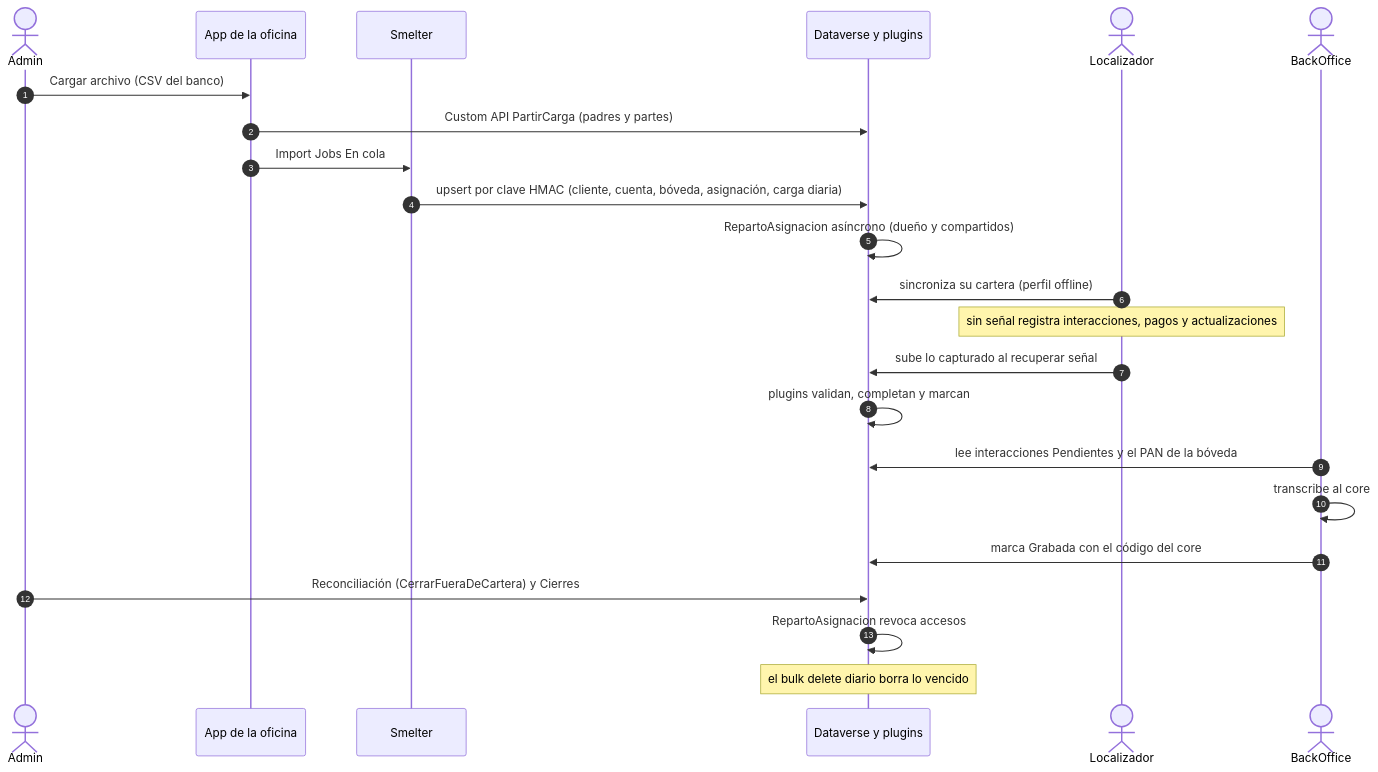
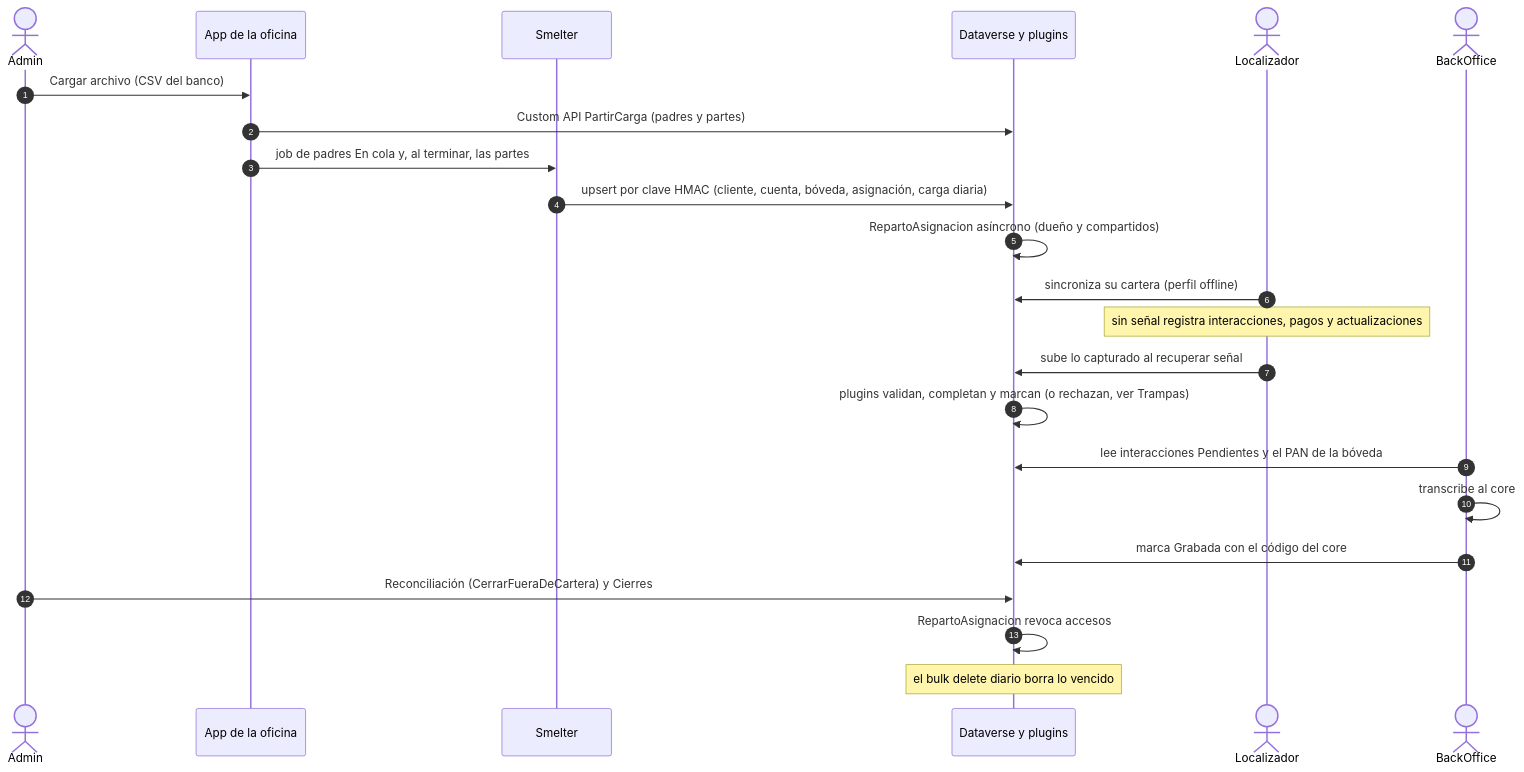
The second of 2 diagrams in docs/tecnica/01-arquitectura.md (breaking-bytes-dev/cobranza-movil), drawn with Mermaid before and after one commit. The commit also changed other lines of this file and 20 other files, not shown here.

````diff
--- a/docs/tecnica/01-arquitectura.md
+++ b/docs/tecnica/01-arquitectura.md
@@ -48,25 +48,25 @@
 ```mermaid
 sequenceDiagram
     autonumber
     actor ADM as Admin
     participant BO as App de la oficina
     participant SM as Smelter
     participant DV as Dataverse y plugins
     actor LOC as Localizador
     actor BKO as BackOffice
     ADM->>BO: Cargar archivo (CSV del banco)
     BO->>DV: Custom API PartirCarga (padres y partes)
-    BO->>SM: Import Jobs En cola
+    BO->>SM: job de padres En cola y, al terminar, las partes
     SM->>DV: upsert por clave HMAC (cliente, cuenta, bóveda, asignación, carga diaria)
     DV->>DV: RepartoAsignacion asíncrono (dueño y compartidos)
     LOC->>DV: sincroniza su cartera (perfil offline)
     Note over LOC: sin señal registra interacciones, pagos y actualizaciones
     LOC->>DV: sube lo capturado al recuperar señal
-    DV->>DV: plugins validan, completan y marcan
+    DV->>DV: plugins validan, completan y marcan (o rechazan, ver Trampas)
     BKO->>DV: lee interacciones Pendientes y el PAN de la bóveda
     BKO->>BKO: transcribe al core
     BKO->>DV: marca Grabada con el código del core
     ADM->>DV: Reconciliación (CerrarFueraDeCartera) y Cierres
     DV->>DV: RepartoAsignacion revoca accesos
     Note over DV: el bulk delete diario borra lo vencido
 ```
````
